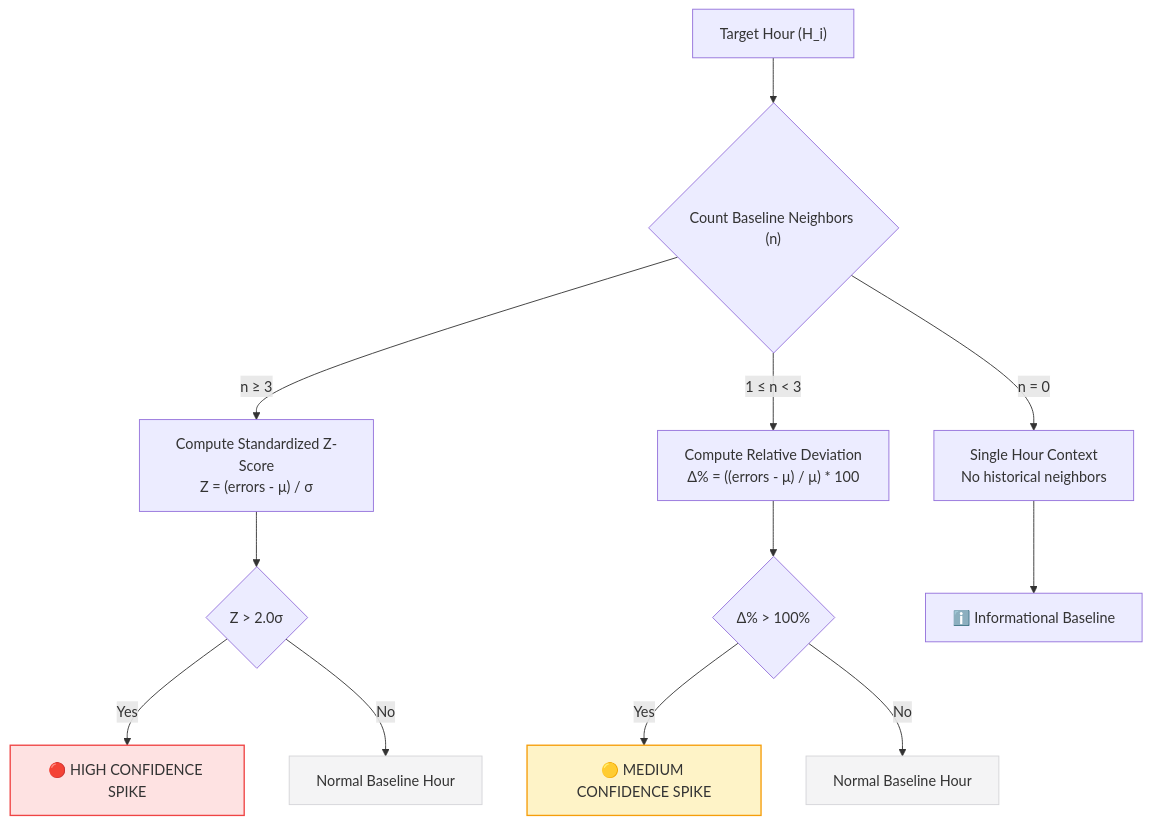
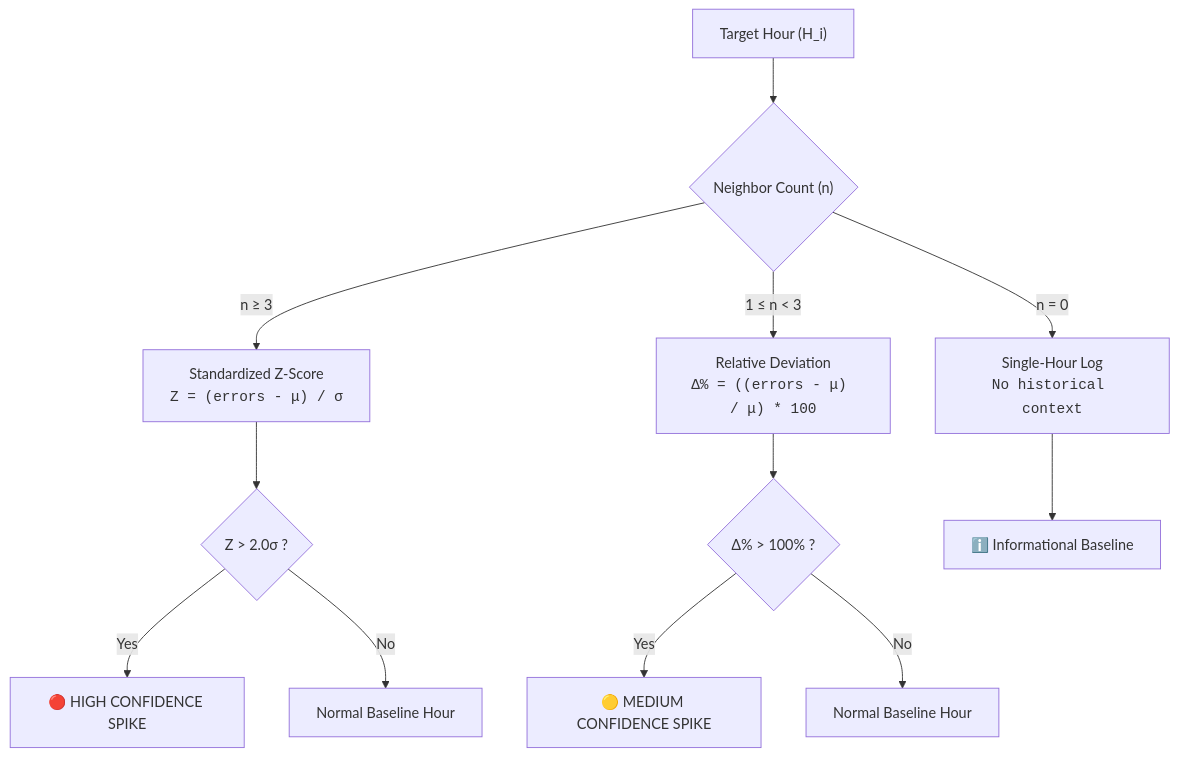
Before and after one commit to Kanneboinashivakumar/LogSense: the second of 2 diagrams in README.md, drawn with Mermaid. The commit also changed other lines of this file, not shown here.

Commit message:
docs: use clean theme-adaptive Mermaid syntax for architecture diagrams

````diff
--- a/README.md
+++ b/README.md
@@ -117,23 +111,18 @@
 ```mermaid
 flowchart TD
-    Start["Target Hour (H_i)"] --> Check{"Count Baseline Neighbors (n)"}
-    
-    Check -->|"n ≥ 3"| ZScore["Compute Standardized Z-Score<br/>Z = (errors - μ) / σ"]
-    Check -->|"1 ≤ n < 3"| Dev["Compute Relative Deviation<br/>Δ% = ((errors - μ) / μ) * 100"]
-    Check -->|"n = 0"| Single["Single Hour Context<br/>No historical neighbors"]
-    
-    ZScore --> FlagZ{"Z > 2.0σ"}
-    FlagZ -->|Yes| SpikeHigh["🔴 HIGH CONFIDENCE SPIKE"]
-    FlagZ -->|No| Normal1["Normal Baseline Hour"]
-    
-    Dev --> FlagDev{"Δ% > 100%"}
-    FlagDev -->|Yes| SpikeMed["🟡 MEDIUM CONFIDENCE SPIKE"]
-    FlagDev -->|No| Normal2["Normal Baseline Hour"]
-    
-    Single --> Info["ℹ️ Informational Baseline"]
+    Target["Target Hour (H_i)"] --> Check{"Neighbor Count (n)"}
 
-    style SpikeHigh fill:#fee2e2,stroke:#ef4444,stroke-width:1.5px
-    style SpikeMed fill:#fef3c7,stroke:#f59e0b,stroke-width:1.5px
-    style Normal1 fill:#f4f4f5,stroke:#d4d4d8,stroke-width:1px
-    style Normal2 fill:#f4f4f5,stroke:#d4d4d8,stroke-width:1px
+    Check -->|"n ≥ 3"| CalcZ["Standardized Z-Score<br/><code>Z = (errors - μ) / σ</code>"]
+    Check -->|"1 ≤ n < 3"| CalcDev["Relative Deviation<br/><code>Δ% = ((errors - μ) / μ) * 100</code>"]
+    Check -->|"n = 0"| NoHist["Single-Hour Log<br/><code>No historical context</code>"]
+
+    CalcZ --> TestZ{"Z > 2.0σ ?"}
+    TestZ -->|Yes| HighSpike["🔴 HIGH CONFIDENCE SPIKE"]
+    TestZ -->|No| NormalZ["Normal Baseline Hour"]
+
+    CalcDev --> TestDev{"Δ% > 100% ?"}
+    TestDev -->|Yes| MedSpike["🟡 MEDIUM CONFIDENCE SPIKE"]
+    TestDev -->|No| NormalDev["Normal Baseline Hour"]
+
+    NoHist --> InfoTag["ℹ️ Informational Baseline"]
 ```
````
